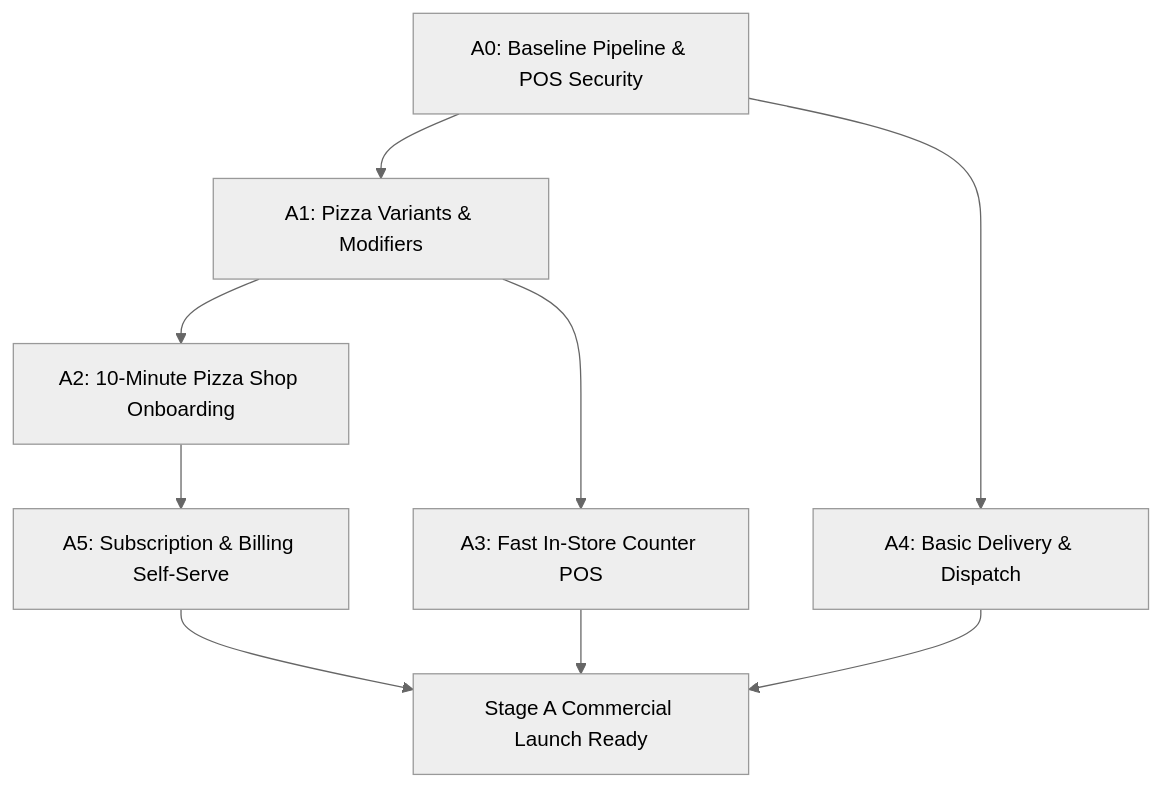
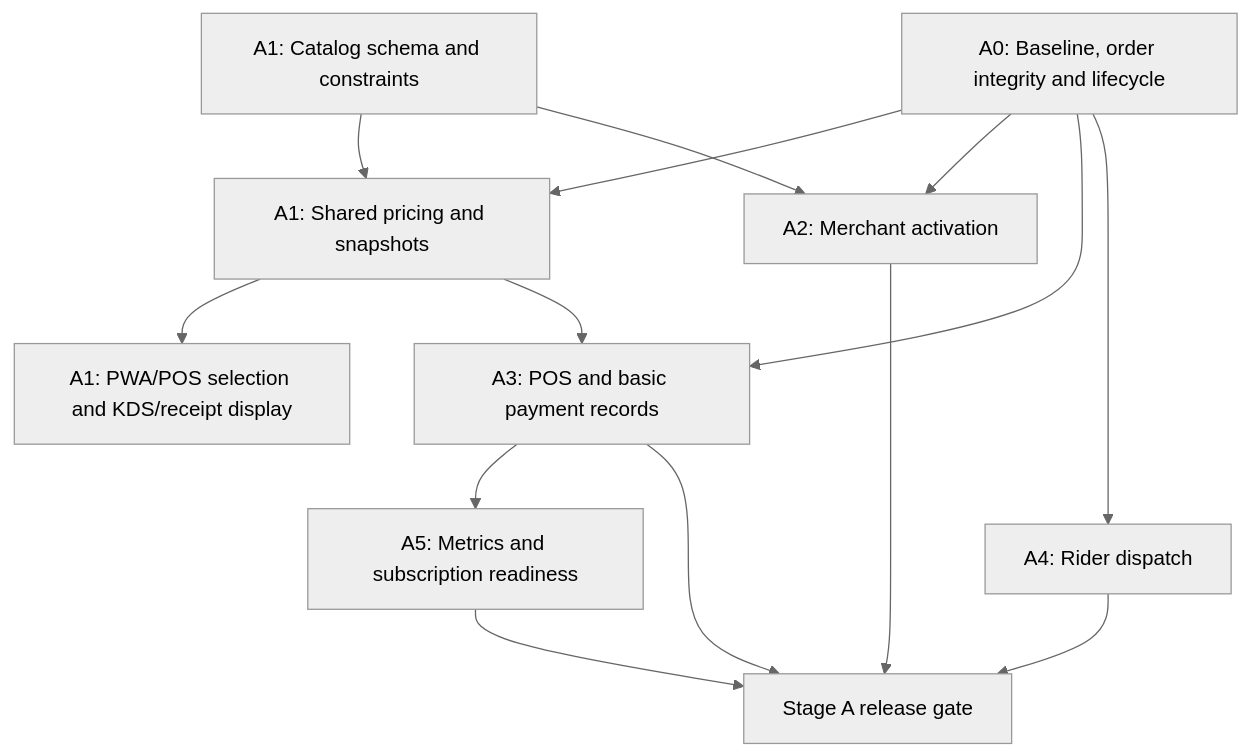
The diagram in docs/product/RESTAURANT_OS_EXECUTION_PLAN.md (amrshah/Whatsapp-Order-bot), drawn with Mermaid (neutral theme) before and after one commit. The commit also changed other lines of this file, not shown here.

````diff
--- a/docs/product/RESTAURANT_OS_EXECUTION_PLAN.md
+++ b/docs/product/RESTAURANT_OS_EXECUTION_PLAN.md
@@ -32,11 +280,26 @@
 ```mermaid
 flowchart TD
-    A0[A0: Baseline Pipeline & POS Security] --> A1[A1: Pizza Variants & Modifiers]
-    A1 --> A2[A2: 10-Minute Pizza Shop Onboarding]
-    A1 --> A3[A3: Fast In-Store Counter POS]
-    A0 --> A4[A4: Basic Delivery & Dispatch]
-    A2 --> A5[A5: Subscription & Billing Self-Serve]
-    A3 --> Launch[Stage A Commercial Launch Ready]
-    A4 --> Launch
-    A5 --> Launch
+    A0["A0: Baseline, order integrity and lifecycle"]
+    A1D["A1: Catalog schema and constraints"]
+    A1P["A1: Shared pricing and snapshots"]
+    A1UI["A1: PWA/POS selection and KDS/receipt display"]
+    A2["A2: Merchant activation"]
+    A3["A3: POS and basic payment records"]
+    A4["A4: Rider dispatch"]
+    A5["A5: Metrics and subscription readiness"]
+    LAUNCH["Stage A release gate"]
+
+    A0 --> A1P
+    A1D --> A1P
+    A1P --> A1UI
+    A0 --> A2
+    A1D --> A2
+    A0 --> A3
+    A1P --> A3
+    A0 --> A4
+    A3 --> A5
+    A2 --> LAUNCH
+    A3 --> LAUNCH
+    A4 --> LAUNCH
+    A5 --> LAUNCH
 ```
````
